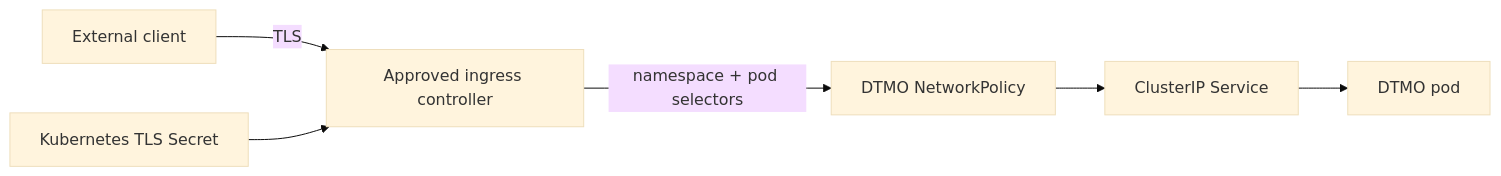
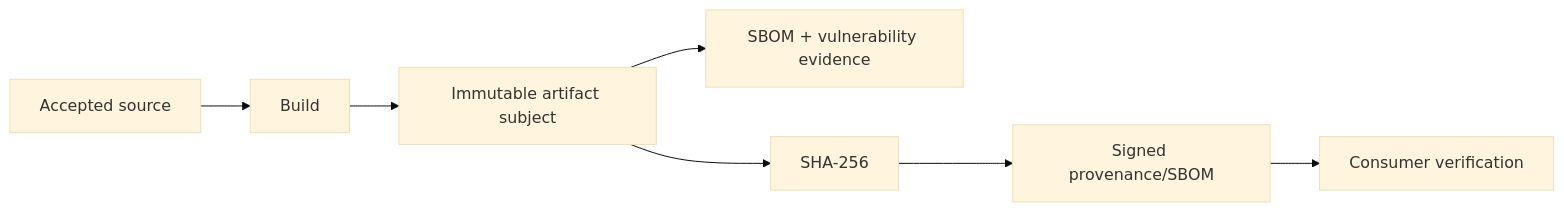
The diagram in docs/roadmap/PRODUCTION_ROADMAP.md (GJvManen/dtmo), drawn with Mermaid (base theme) before and after one commit. The commit also changed other lines of this file, not shown here.

Commit message:
Advance production roadmap to Phase 11.8g

````diff
--- a/docs/roadmap/PRODUCTION_ROADMAP.md
+++ b/docs/roadmap/PRODUCTION_ROADMAP.md
@@ -74,8 +48,9 @@
 ```mermaid
 flowchart LR
-    C[External client] -->|TLS| I[Approved ingress controller]
-    T[Kubernetes TLS Secret] --> I
-    I -->|namespace + pod selectors| N[DTMO NetworkPolicy]
-    N --> S[ClusterIP Service]
-    S --> P[DTMO pod]
+    S[Accepted source] --> B[Build]
+    B --> A[Immutable artifact subject]
+    A --> E[SBOM + vulnerability evidence]
+    A --> H[SHA-256]
+    H --> P[Signed provenance/SBOM]
+    P --> V[Consumer verification]
 ```
````
